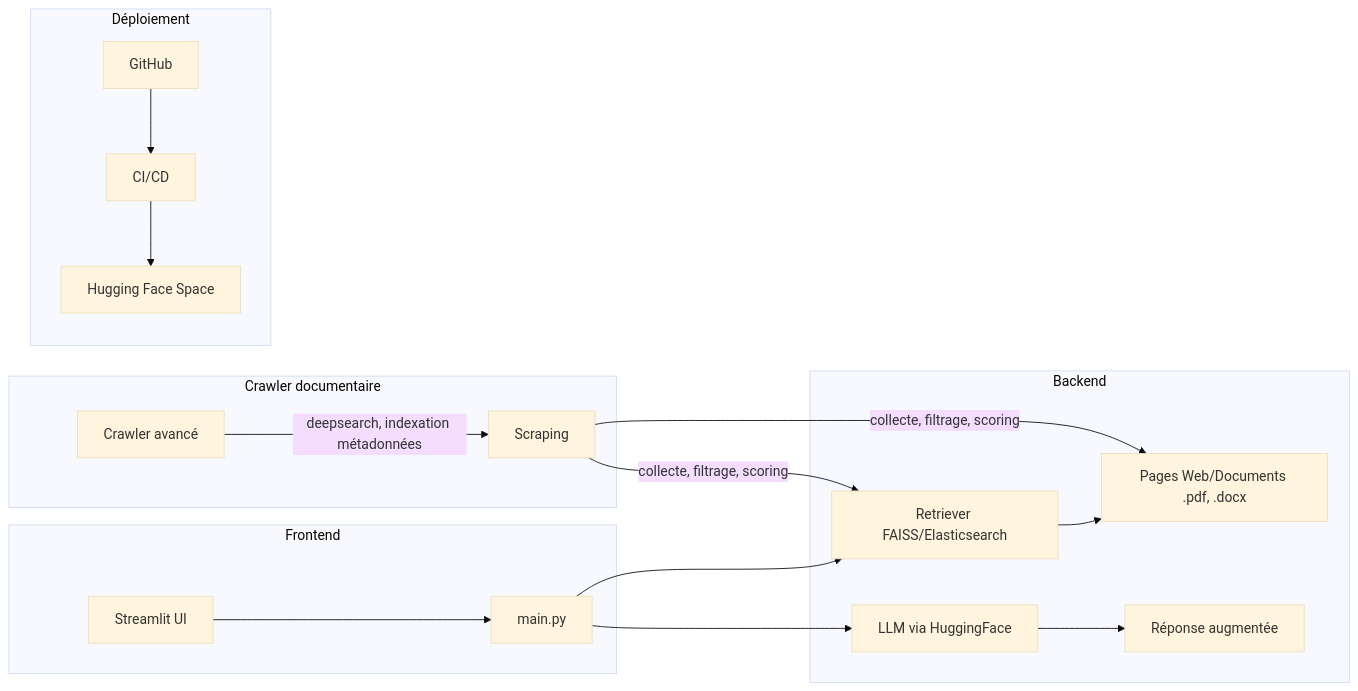
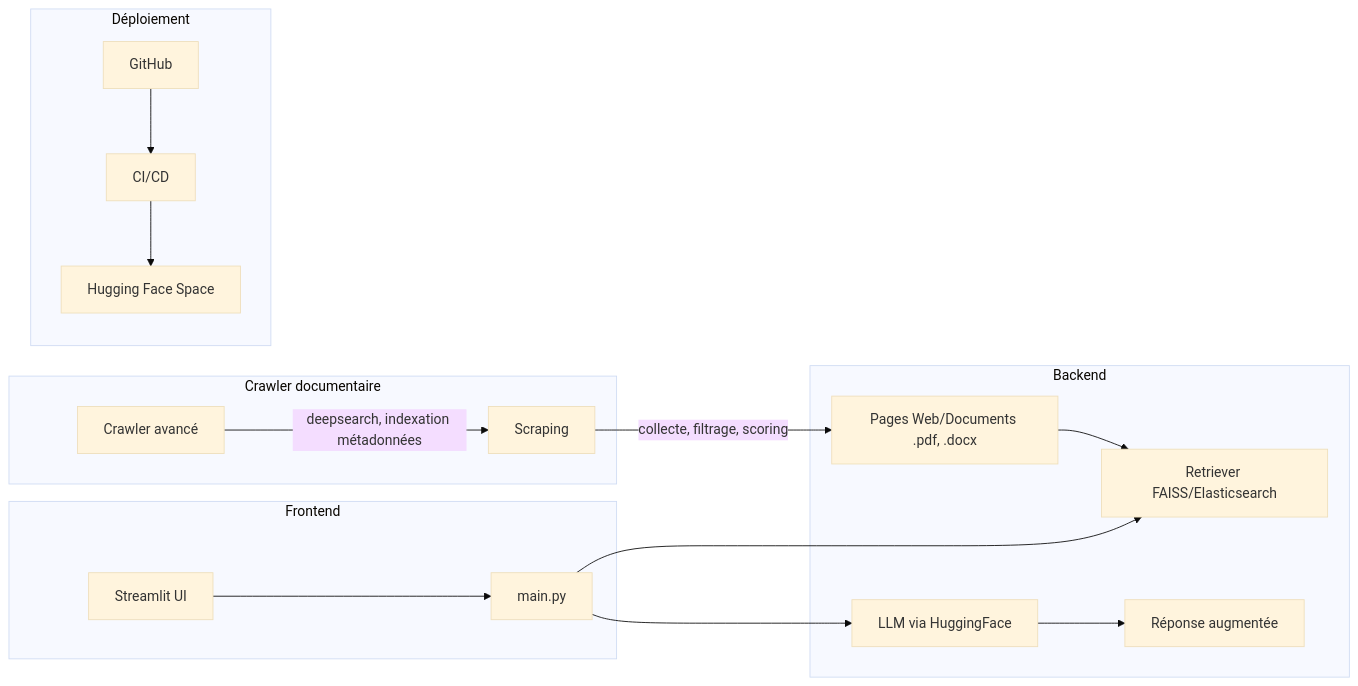
Before and after one commit to armelsoubeiga/agroRAG: the diagram in README.md, drawn with Mermaid (base theme).

Commit message:
Commit-080620251309

````diff
--- a/README.md
+++ b/README.md
@@ -18,23 +18,23 @@
 ```mermaid
 graph LR
     subgraph Frontend
         A[Streamlit UI] --> B[main.py]
     end
 
     subgraph Backend
         B --> C[Retriever FAISS/Elasticsearch]
-        C --> D[Pages Web/Documents .pdf, .docx]
+        D[Pages Web/Documents .pdf, .docx] --> C
         B --> E[LLM via HuggingFace]
         E --> F[Réponse augmentée]
     end
 
     subgraph "Crawler documentaire"
         J[Crawler avancé] -- deepsearch, indexation métadonnées --> K[Scraping]
-        K -- collecte, filtrage, scoring --> C & D
+        K -- collecte, filtrage, scoring --> D
     end
 
     subgraph Déploiement
         G[GitHub] --> H[CI/CD]
         H --> I[Hugging Face Space]
     end
 ```
````
